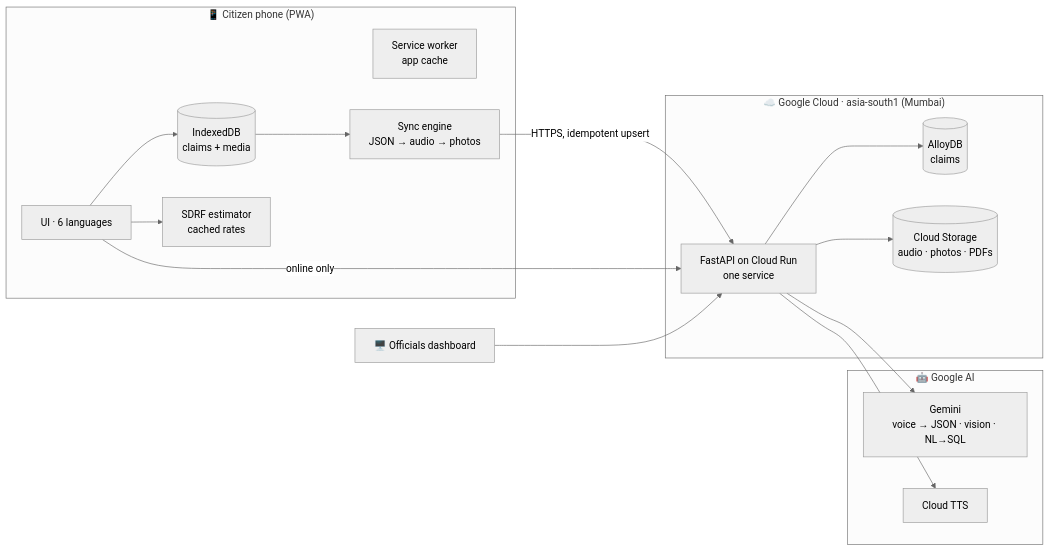
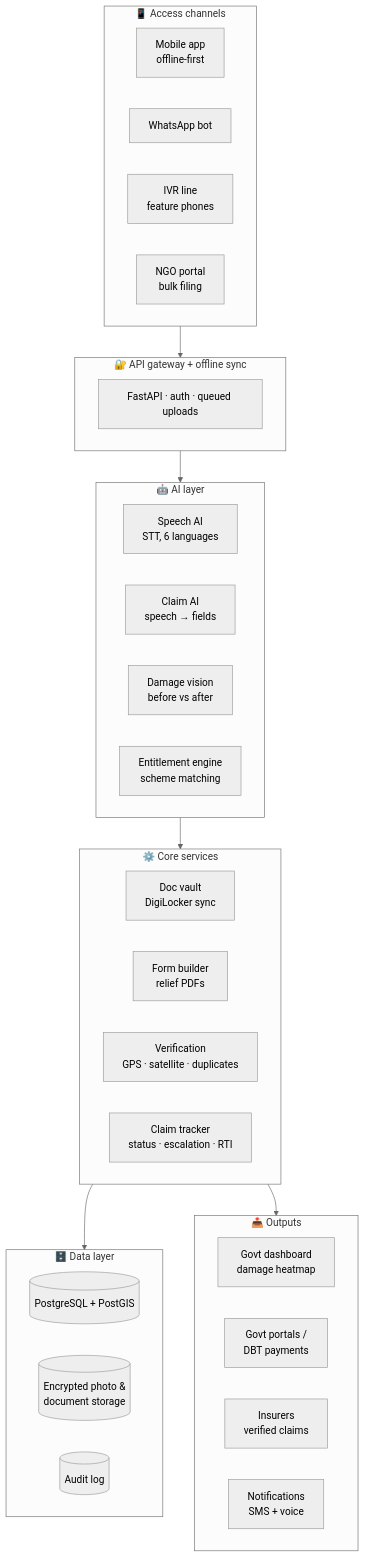
Before and after one commit to debarghyabose/Aapke-Liye: the first of 2 diagrams in README.md, drawn with Mermaid (neutral theme). The commit also changed other lines of this file and 1 other file, not shown here.

````diff
--- a/README.md
+++ b/README.md
@@ -74,33 +98,37 @@
 ```mermaid
-flowchart LR
-    subgraph Phone["📱 Citizen phone (PWA)"]
-        UI[UI · 6 languages]
-        SW[Service worker<br/>app cache]
-        IDB[(IndexedDB<br/>claims + media)]
-        SYNC[Sync engine<br/>JSON → audio → photos]
-        EST[SDRF estimator<br/>cached rates]
-        UI --> IDB
-        UI --> EST
-        IDB --> SYNC
+flowchart TB
+    subgraph A["📱 Access channels"]
+        A1[Mobile app<br/>offline-first]
+        A2[WhatsApp bot]
+        A3[IVR line<br/>feature phones]
+        A4[NGO portal<br/>bulk filing]
     end
-
-    subgraph GCP["☁️ Google Cloud · asia-south1 (Mumbai)"]
-        API[FastAPI on Cloud Run<br/>one service]
-        DB[(AlloyDB<br/>claims)]
-        GCS[(Cloud Storage<br/>audio · photos · PDFs)]
-        API --> DB
-        API --> GCS
+    subgraph G["🔐 API gateway + offline sync"]
+        G1[FastAPI · auth · queued uploads]
     end
-
-    subgraph AI["🤖 Google AI"]
-        GEM[Gemini<br/>voice → JSON · vision · NL→SQL]
-        TTS[Cloud TTS]
+    subgraph AI["🤖 AI layer"]
+        I1[Speech AI<br/>STT, 6 languages]
+        I2[Claim AI<br/>speech → fields]
+        I3[Damage vision<br/>before vs after]
+        I4[Entitlement engine<br/>scheme matching]
     end
-
-    SYNC -- HTTPS, idempotent upsert --> API
-    UI -- online only --> API
-    API --> GEM
-    API --> TTS
-
-    DASH[🖥️ Officials dashboard] --> API
+    subgraph C["⚙️ Core services"]
+        C1[Doc vault<br/>DigiLocker sync]
+        C2[Form builder<br/>relief PDFs]
+        C3[Verification<br/>GPS · satellite · duplicates]
+        C4[Claim tracker<br/>status · escalation · RTI]
+    end
+    subgraph D["🗄️ Data layer"]
+        D1[(PostgreSQL + PostGIS)]
+        D2[(Encrypted photo &<br/>document storage)]
+        D3[(Audit log)]
+    end
+    subgraph O["📤 Outputs"]
+        O1[Govt dashboard<br/>damage heatmap]
+        O2[Govt portals /<br/>DBT payments]
+        O3[Insurers<br/>verified claims]
+        O4[Notifications<br/>SMS + voice]
+    end
+    A --> G --> AI --> C --> D
+    C --> O
 ```
````
